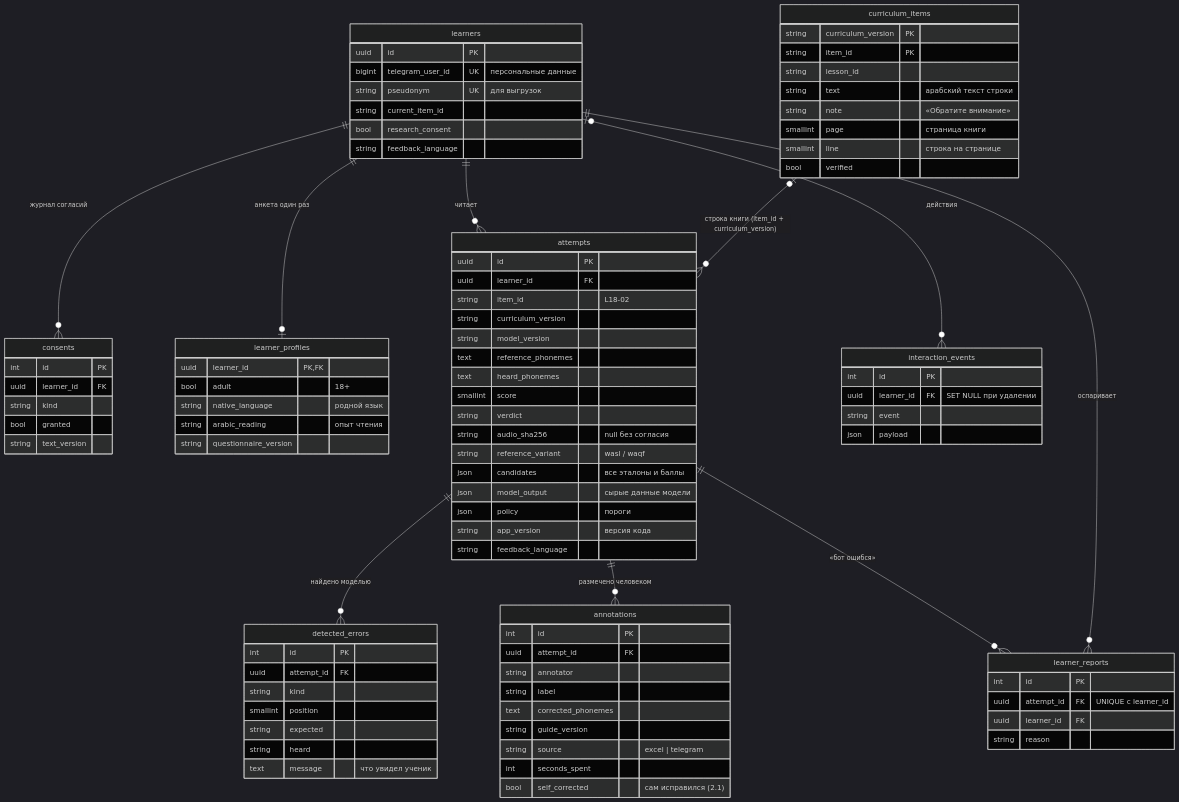
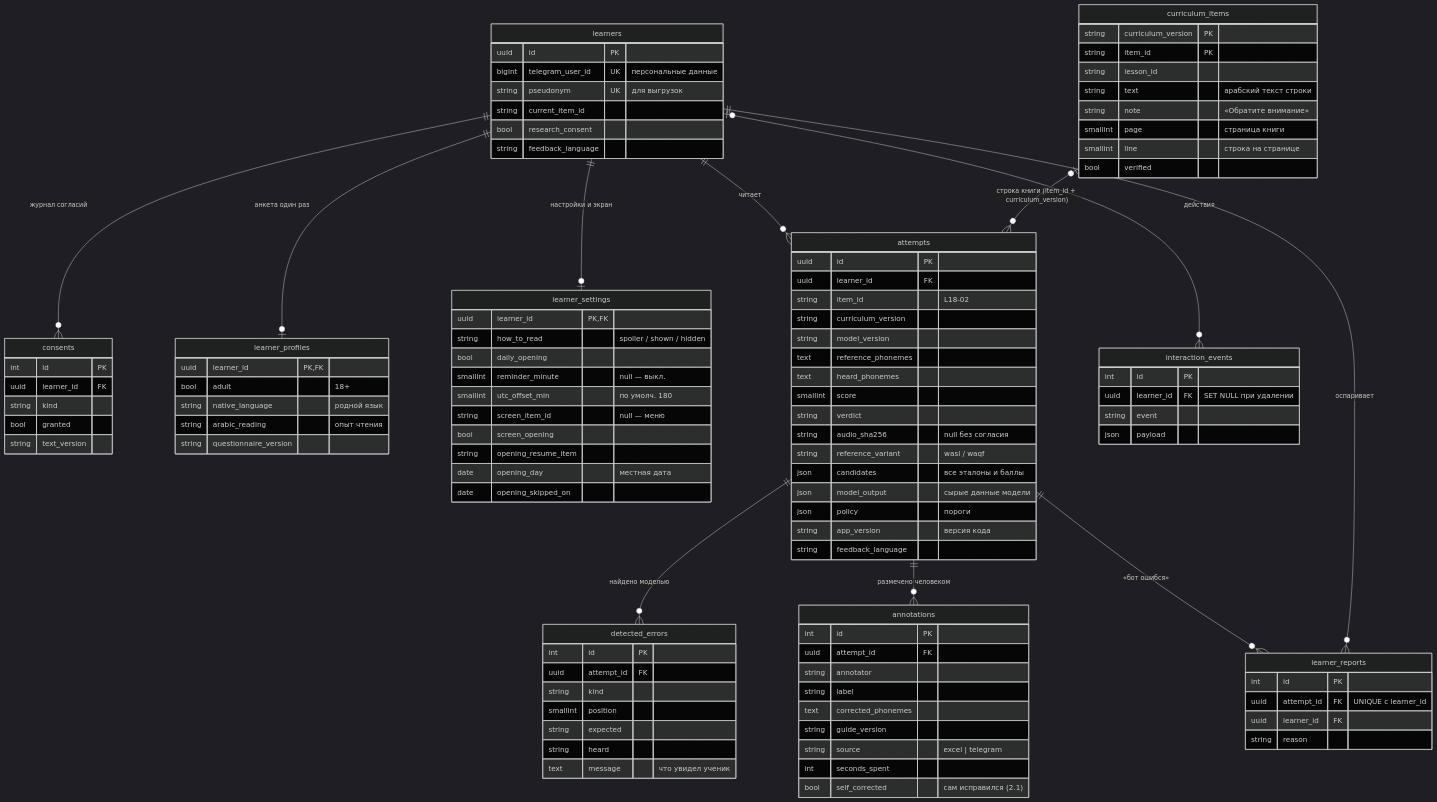
The diagram in docs/architecture/diagrams/04-er.mmd (abdra04-gif/muallim), drawn with Mermaid (dark theme) before and after one commit. The commit also changed 38 other files, not shown here.

```diff
--- a/docs/architecture/diagrams/04-er.mmd
+++ b/docs/architecture/diagrams/04-er.mmd
@@ -1,94 +1,107 @@
 %% Схема БД (подробно — docs/data/data-dictionary.md).
 erDiagram
     learners ||--o{ consents : "журнал согласий"
     learners ||--o| learner_profiles : "анкета один раз"
+    learners ||--o| learner_settings : "настройки и экран"
     learners ||--o{ attempts : "читает"
     learners |o--o{ interaction_events : "действия"
     attempts ||--o{ detected_errors : "найдено моделью"
     attempts ||--o{ annotations : "размечено человеком"
     attempts ||--o{ learner_reports : "«бот ошибся»"
     learners ||--o{ learner_reports : "оспаривает"
     curriculum_items |o--o{ attempts : "строка книги (item_id + curriculum_version)"
 
     learners {
         uuid id PK
         bigint telegram_user_id UK "персональные данные"
         string pseudonym UK "для выгрузок"
         string current_item_id
         bool research_consent
         string feedback_language
     }
     consents {
         int id PK
         uuid learner_id FK
         string kind
         bool granted
         string text_version
     }
     learner_profiles {
         uuid learner_id PK,FK
         bool adult "18+"
         string native_language "родной язык"
         string arabic_reading "опыт чтения"
         string questionnaire_version
+    }
+    learner_settings {
+        uuid learner_id PK,FK
+        string how_to_read "spoiler / shown / hidden"
+        bool daily_opening
+        smallint reminder_minute "null — выкл."
+        smallint utc_offset_min "по умолч. 180"
+        string screen_item_id "null — меню"
+        bool screen_opening
+        string opening_resume_item
+        date opening_day "местная дата"
+        date opening_skipped_on
     }
     attempts {
         uuid id PK
         uuid learner_id FK
         string item_id "L18-02"
         string curriculum_version
         string model_version
         text reference_phonemes
         text heard_phonemes
         smallint score
         string verdict
         string audio_sha256 "null без согласия"
         string reference_variant "wasl / waqf"
         json candidates "все эталоны и баллы"
         json model_output "сырые данные модели"
         json policy "пороги"
         string app_version "версия кода"
         string feedback_language
     }
     curriculum_items {
         string curriculum_version PK
         string item_id PK
         string lesson_id
         string text "арабский текст строки"
         string note "«Обратите внимание»"
         smallint page "страница книги"
         smallint line "строка на странице"
         bool verified
     }
     learner_reports {
         int id PK
         uuid attempt_id FK "UNIQUE с learner_id"
         uuid learner_id FK
         string reason
     }
     detected_errors {
         int id PK
         uuid attempt_id FK
         string kind
         smallint position
         string expected
         string heard
         text message "что увидел ученик"
     }
     annotations {
         int id PK
         uuid attempt_id FK
         string annotator
         string label
         text corrected_phonemes
         string guide_version
         string source "excel | telegram"
         int seconds_spent
         bool self_corrected "сам исправился (2.1)"
     }
     interaction_events {
         int id PK
         uuid learner_id FK "SET NULL при удалении"
         string event
         json payload
     }
```
